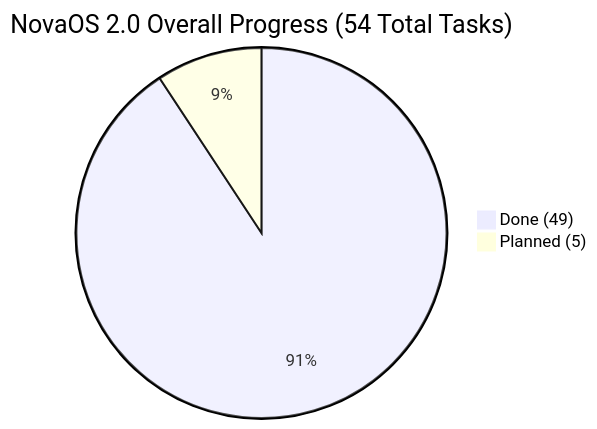
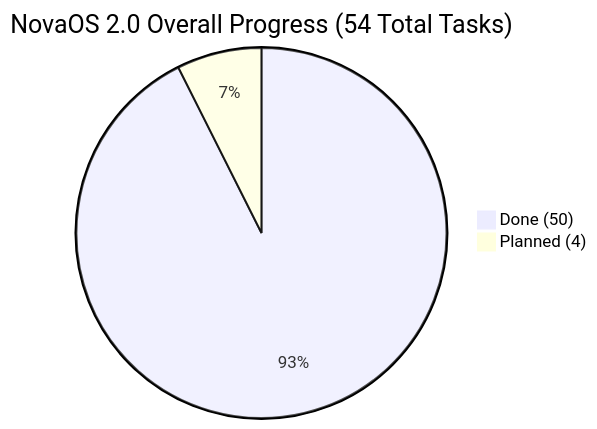
One commit to firoze-hossain/novaos changed the diagram in NovaOS_Build_Plan.md. Above: the diagram before and after it, drawn with Mermaid. The commit also changed other lines of this file and 15 other files, not shown here.

````diff
--- a/NovaOS_Build_Plan.md
+++ b/NovaOS_Build_Plan.md
@@ -9,5 +9,5 @@
 ```mermaid
 pie title NovaOS 2.0 Overall Progress (54 Total Tasks)
-    "Done (49)" : 49
-    "Planned (5)" : 5
+    "Done (50)" : 50
+    "Planned (4)" : 4
 ```
````
